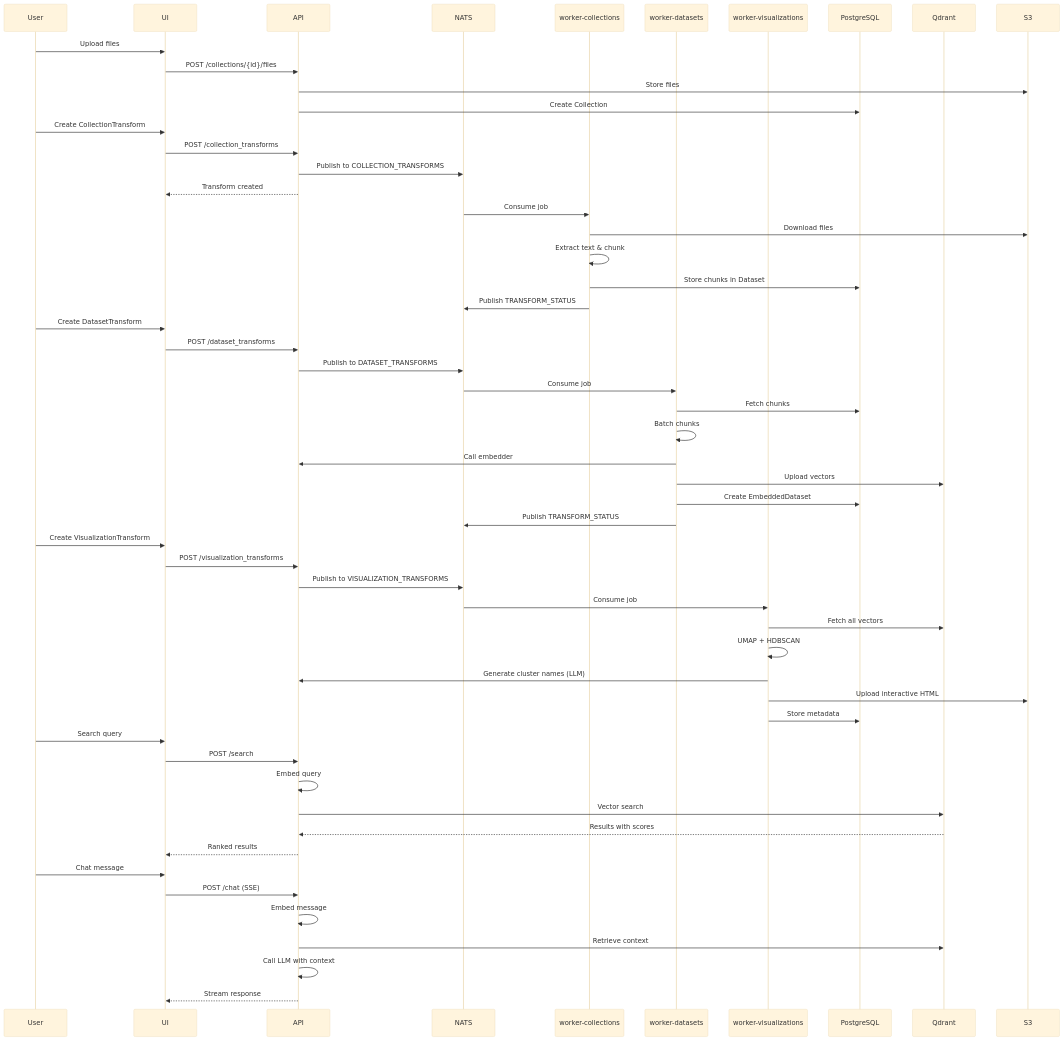
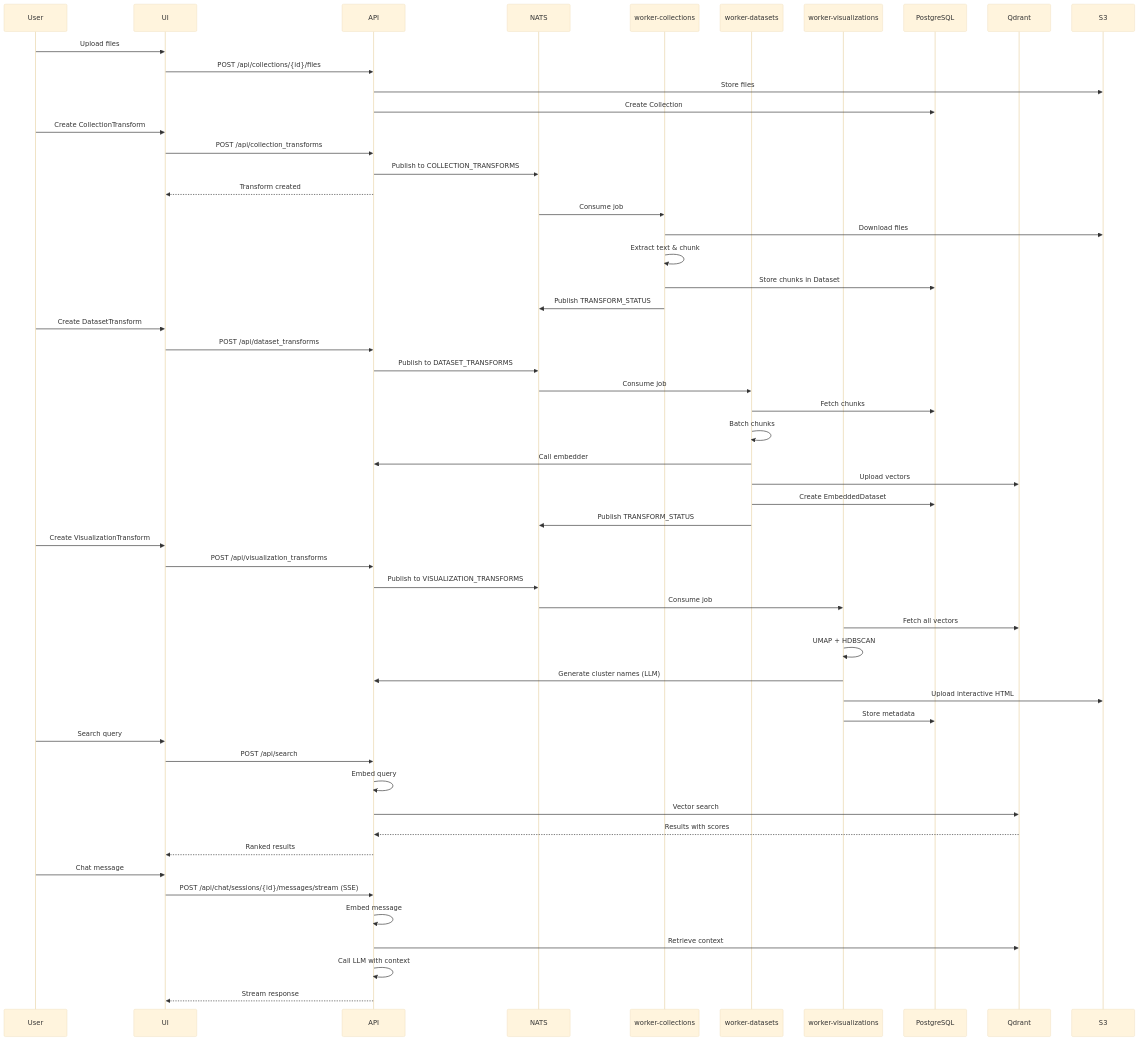
One commit to FishySoftware/semantic-explorer changed the second of 2 diagrams in README.md. Above: the diagram before and after it, drawn with Mermaid (base theme). The commit also changed other lines of this file and 4 other files, not shown here.

````diff
--- a/README.md
+++ b/README.md
@@ -104,66 +101,66 @@
 ```mermaid
 sequenceDiagram
     participant User
     participant UI
     participant API
     participant NATS
     participant WC as worker-collections
     participant WD as worker-datasets
     participant WV as worker-visualizations
     participant PG as PostgreSQL
     participant QD as Qdrant
     participant S3
 
     User->>UI: Upload files
-    UI->>API: POST /collections/{id}/files
+    UI->>API: POST /api/collections/{id}/files
     API->>S3: Store files
     API->>PG: Create Collection
 
     User->>UI: Create CollectionTransform
-    UI->>API: POST /collection_transforms
+    UI->>API: POST /api/collection_transforms
     API->>NATS: Publish to COLLECTION_TRANSFORMS
     API-->>UI: Transform created
 
     NATS->>WC: Consume job
     WC->>S3: Download files
     WC->>WC: Extract text & chunk
     WC->>PG: Store chunks in Dataset
     WC->>NATS: Publish TRANSFORM_STATUS
 
     User->>UI: Create DatasetTransform
-    UI->>API: POST /dataset_transforms
+    UI->>API: POST /api/dataset_transforms
     API->>NATS: Publish to DATASET_TRANSFORMS
 
     NATS->>WD: Consume job
     WD->>PG: Fetch chunks
     WD->>WD: Batch chunks
     WD->>API: Call embedder
     WD->>QD: Upload vectors
     WD->>PG: Create EmbeddedDataset
     WD->>NATS: Publish TRANSFORM_STATUS
 
     User->>UI: Create VisualizationTransform
-    UI->>API: POST /visualization_transforms
+    UI->>API: POST /api/visualization_transforms
     API->>NATS: Publish to VISUALIZATION_TRANSFORMS
 
     NATS->>WV: Consume job
     WV->>QD: Fetch all vectors
     WV->>WV: UMAP + HDBSCAN
     WV->>API: Generate cluster names (LLM)
     WV->>S3: Upload interactive HTML
     WV->>PG: Store metadata
 
     User->>UI: Search query
-    UI->>API: POST /search
+    UI->>API: POST /api/search
     API->>API: Embed query
     API->>QD: Vector search
     QD-->>API: Results with scores
     API-->>UI: Ranked results
 
     User->>UI: Chat message
-    UI->>API: POST /chat (SSE)
+    UI->>API: POST /api/chat/sessions/{id}/messages/stream (SSE)
     API->>API: Embed message
     API->>QD: Retrieve context
     API->>API: Call LLM with context
     API-->>UI: Stream response
 ```
````
